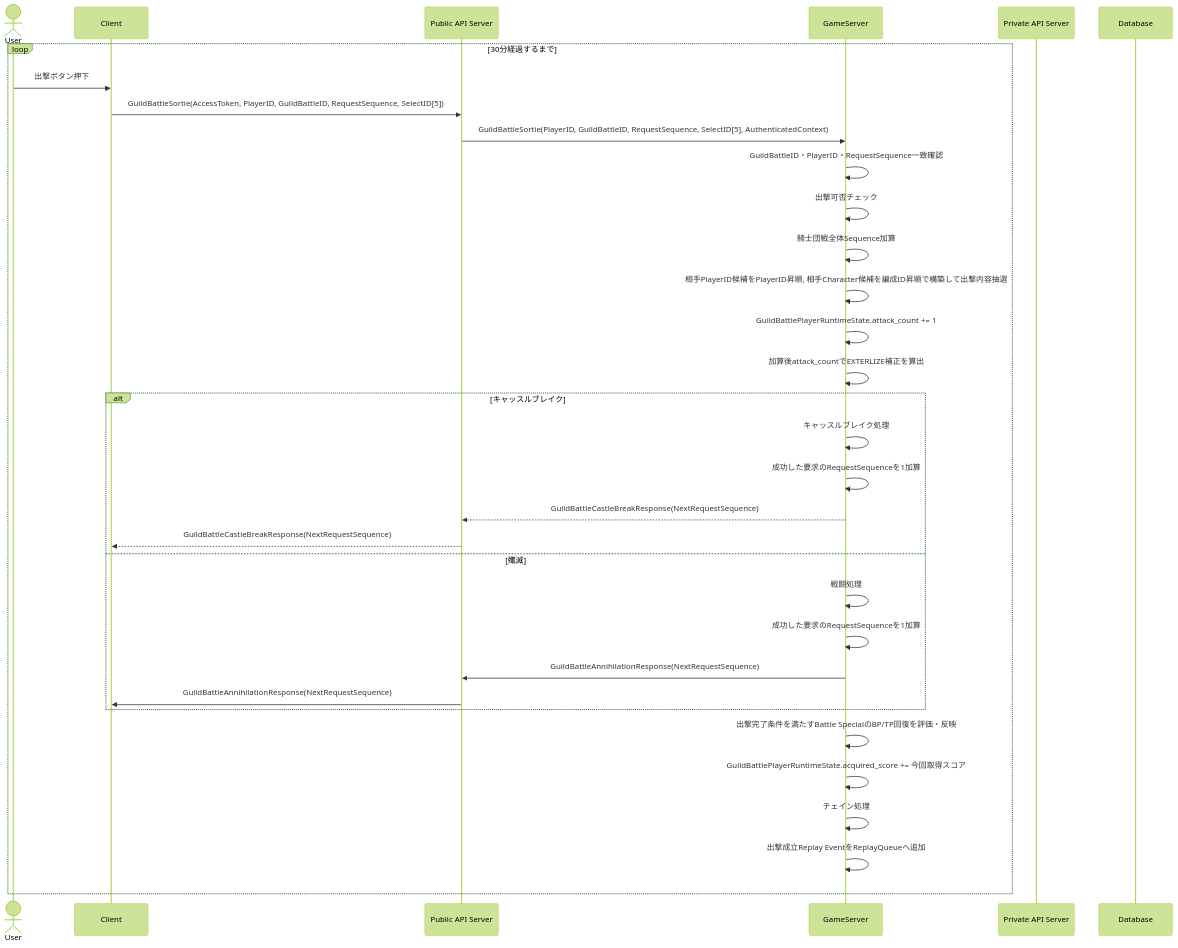
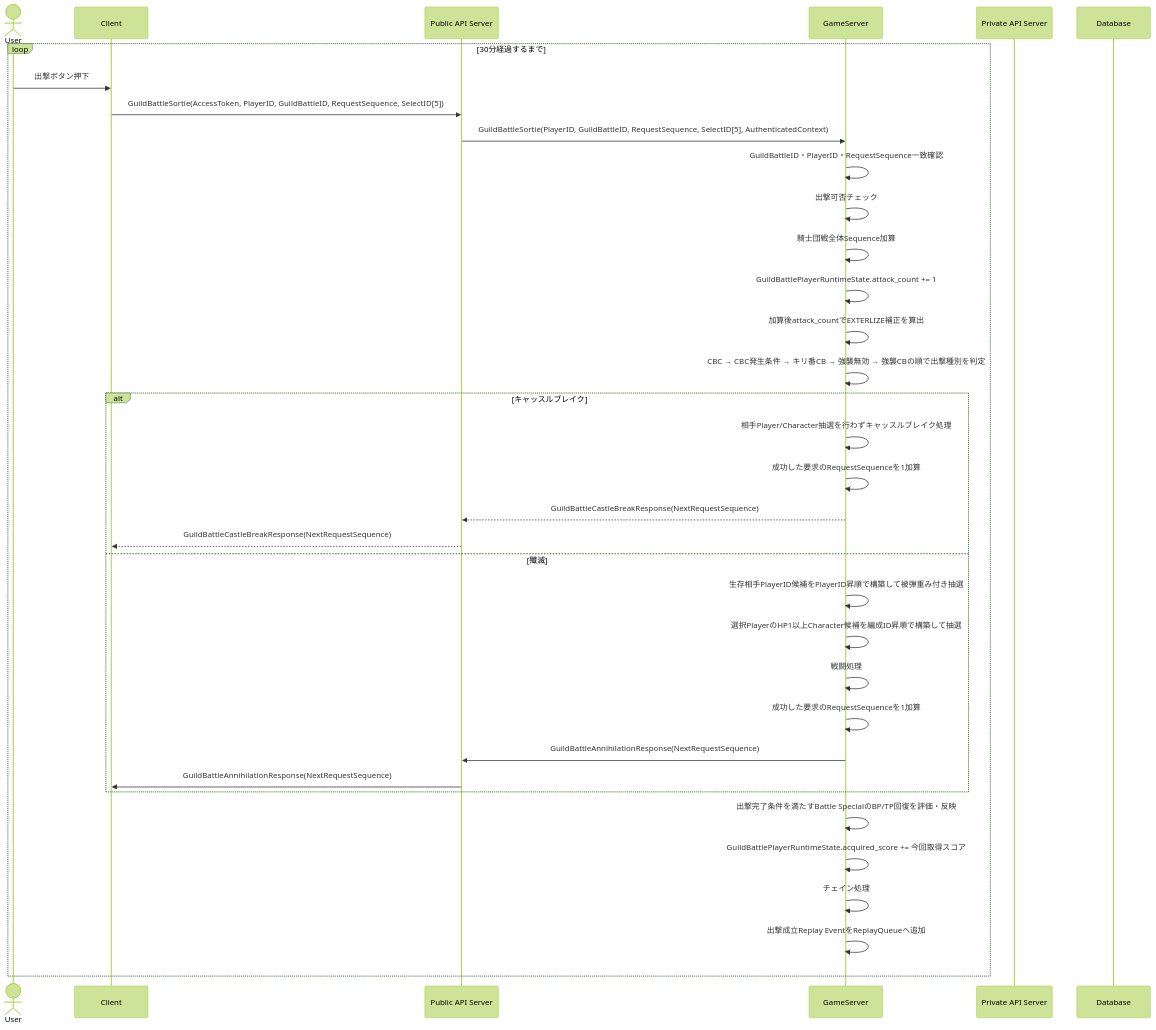
The fourth of 13 diagrams in design/server/guild_battle.md (ReHydrangeaOdyssey/Specifications), drawn with Mermaid (forest theme) before and after one commit. The commit also changed 35 other files, not shown here.

````diff
--- a/design/server/guild_battle.md
+++ b/design/server/guild_battle.md
@@ -246,39 +246,41 @@
 ```mermaid
 sequenceDiagram
     actor User
     participant Client
     participant PublicAPIServer as Public API Server
     participant GameServer
     participant PrivateAPIServer as Private API Server
     participant Database
 
     loop 30分経過するまで
         User ->> Client: 出撃ボタン押下
         Client ->> PublicAPIServer: GuildBattleSortie(AccessToken, PlayerID, GuildBattleID, RequestSequence, SelectID[5])
         PublicAPIServer ->> GameServer: GuildBattleSortie(PlayerID, GuildBattleID, RequestSequence, SelectID[5], AuthenticatedContext)
         GameServer ->> GameServer: GuildBattleID・PlayerID・RequestSequence一致確認
         GameServer ->> GameServer: 出撃可否チェック
         GameServer ->> GameServer: 騎士団戦全体Sequence加算
-        GameServer ->> GameServer: 相手PlayerID候補をPlayerID昇順, 相手Character候補を編成ID昇順で構築して出撃内容抽選
         GameServer ->> GameServer: GuildBattlePlayerRuntimeState.attack_count += 1
         GameServer ->> GameServer: 加算後attack_countでEXTERLIZE補正を算出
+        GameServer ->> GameServer: CBC → CBC発生条件 → キリ番CB → 強襲無効 → 強襲CBの順で出撃種別を判定
 
         alt キャッスルブレイク
-            GameServer ->> GameServer: キャッスルブレイク処理
+            GameServer ->> GameServer: 相手Player/Character抽選を行わずキャッスルブレイク処理
             GameServer->>GameServer: 成功した要求のRequestSequenceを1加算
             GameServer -->> PublicAPIServer: GuildBattleCastleBreakResponse(NextRequestSequence)
             PublicAPIServer -->> Client: GuildBattleCastleBreakResponse(NextRequestSequence)
         else 殲滅
+            GameServer ->> GameServer: 生存相手PlayerID候補をPlayerID昇順で構築して被弾重み付き抽選
+            GameServer ->> GameServer: 選択PlayerのHP1以上Character候補を編成ID昇順で構築して抽選
             GameServer ->> GameServer: 戦闘処理
             GameServer->>GameServer: 成功した要求のRequestSequenceを1加算
             GameServer ->> PublicAPIServer: GuildBattleAnnihilationResponse(NextRequestSequence)
             PublicAPIServer ->> Client: GuildBattleAnnihilationResponse(NextRequestSequence)
         end
 
         GameServer ->> GameServer: 出撃完了条件を満たすBattle SpecialのBP/TP回復を評価・反映
         GameServer ->> GameServer: GuildBattlePlayerRuntimeState.acquired_score += 今回取得スコア
         GameServer ->> GameServer: チェイン処理
 
         GameServer ->> GameServer: 出撃成立Replay EventをReplayQueueへ追加
     end
 ```
````
